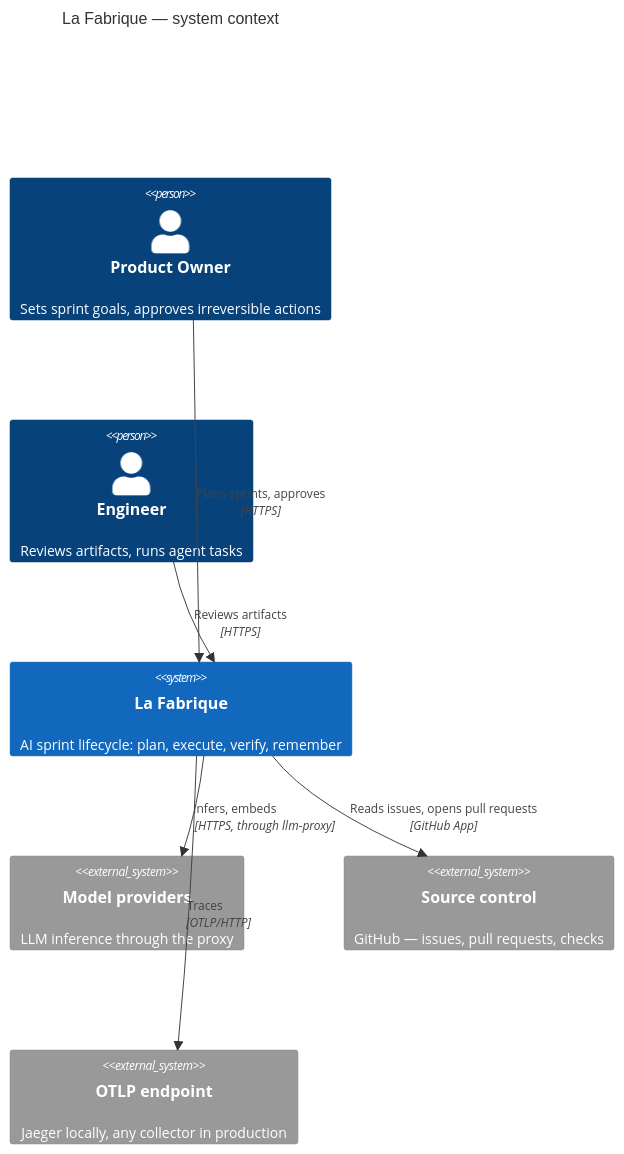
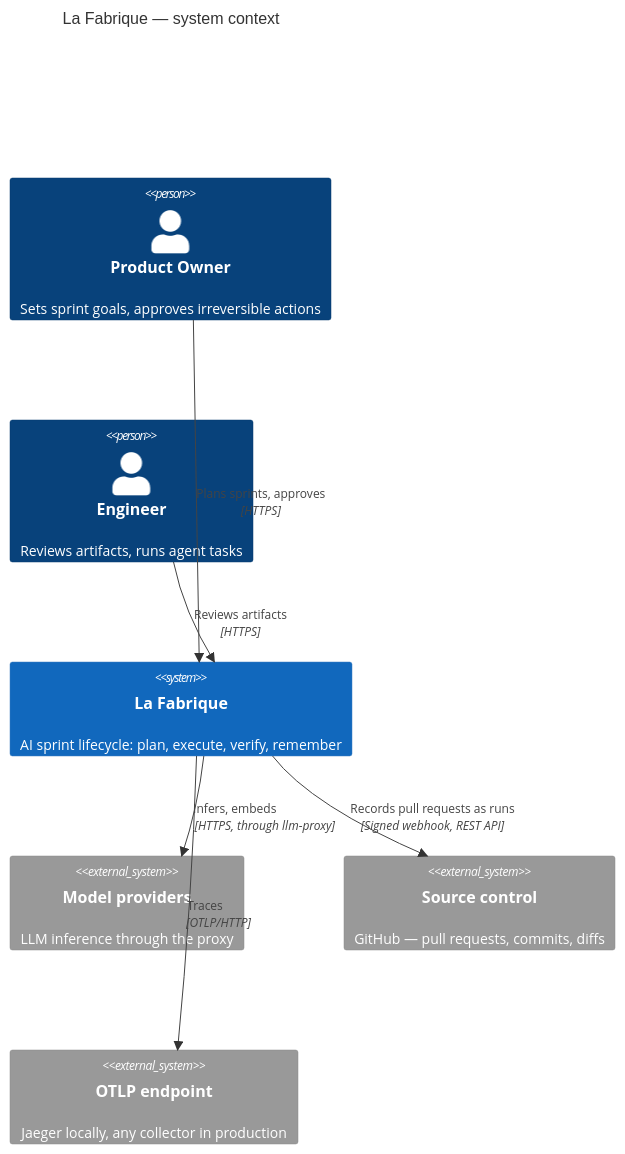
Before and after one commit to careb36/la-fabrique: the first of 3 diagrams in la-fabrique/ARCHITECTURE.md, drawn with Mermaid. The commit also changed other lines of this file and 32 other files, not shown here.

````diff
--- a/la-fabrique/ARCHITECTURE.md
+++ b/la-fabrique/ARCHITECTURE.md
@@ -10,16 +10,16 @@
 ```mermaid
 C4Context
     title La Fabrique — system context
     Person(po, "Product Owner", "Sets sprint goals, approves irreversible actions")
     Person(dev, "Engineer", "Reviews artifacts, runs agent tasks")
     System(fab, "La Fabrique", "AI sprint lifecycle: plan, execute, verify, remember")
     System_Ext(llm, "Model providers", "LLM inference through the proxy")
-    System_Ext(scm, "Source control", "GitHub — issues, pull requests, checks")
+    System_Ext(scm, "Source control", "GitHub — pull requests, commits, diffs")
     System_Ext(obs, "OTLP endpoint", "Jaeger locally, any collector in production")
 
     Rel(po, fab, "Plans sprints, approves", "HTTPS")
     Rel(dev, fab, "Reviews artifacts", "HTTPS")
     Rel(fab, llm, "Infers, embeds", "HTTPS, through llm-proxy")
-    Rel(fab, scm, "Reads issues, opens pull requests", "GitHub App")
+    Rel(fab, scm, "Records pull requests as runs", "Signed webhook, REST API")
     Rel(fab, obs, "Traces", "OTLP/HTTP")
 ```
````
